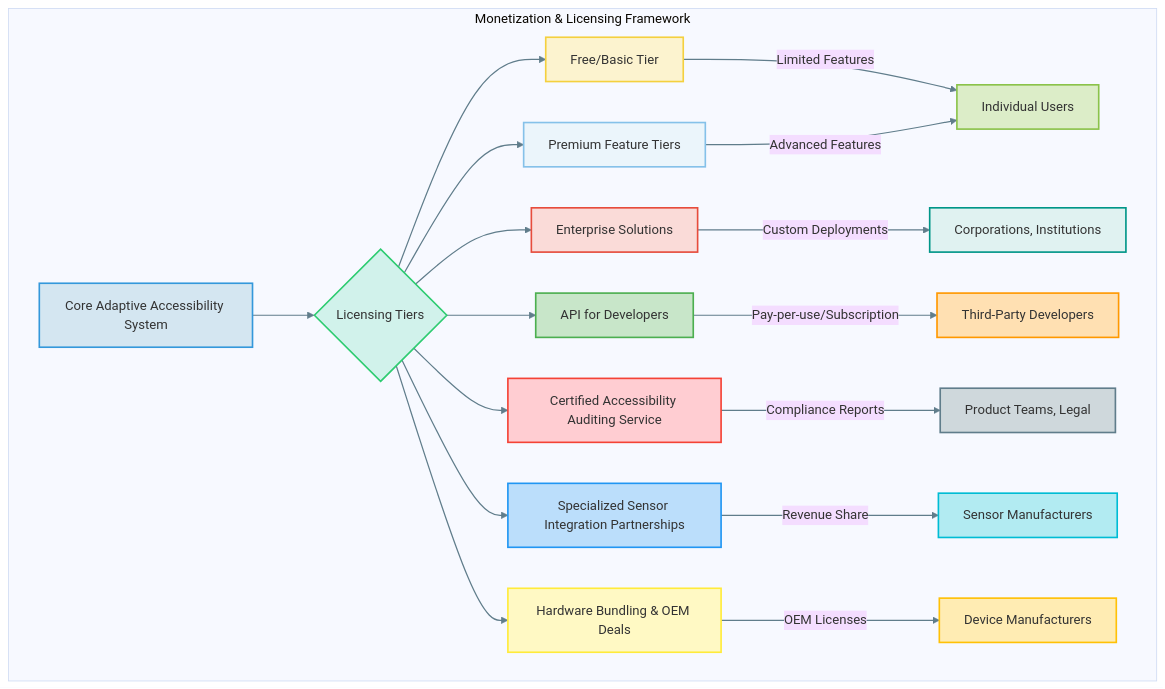
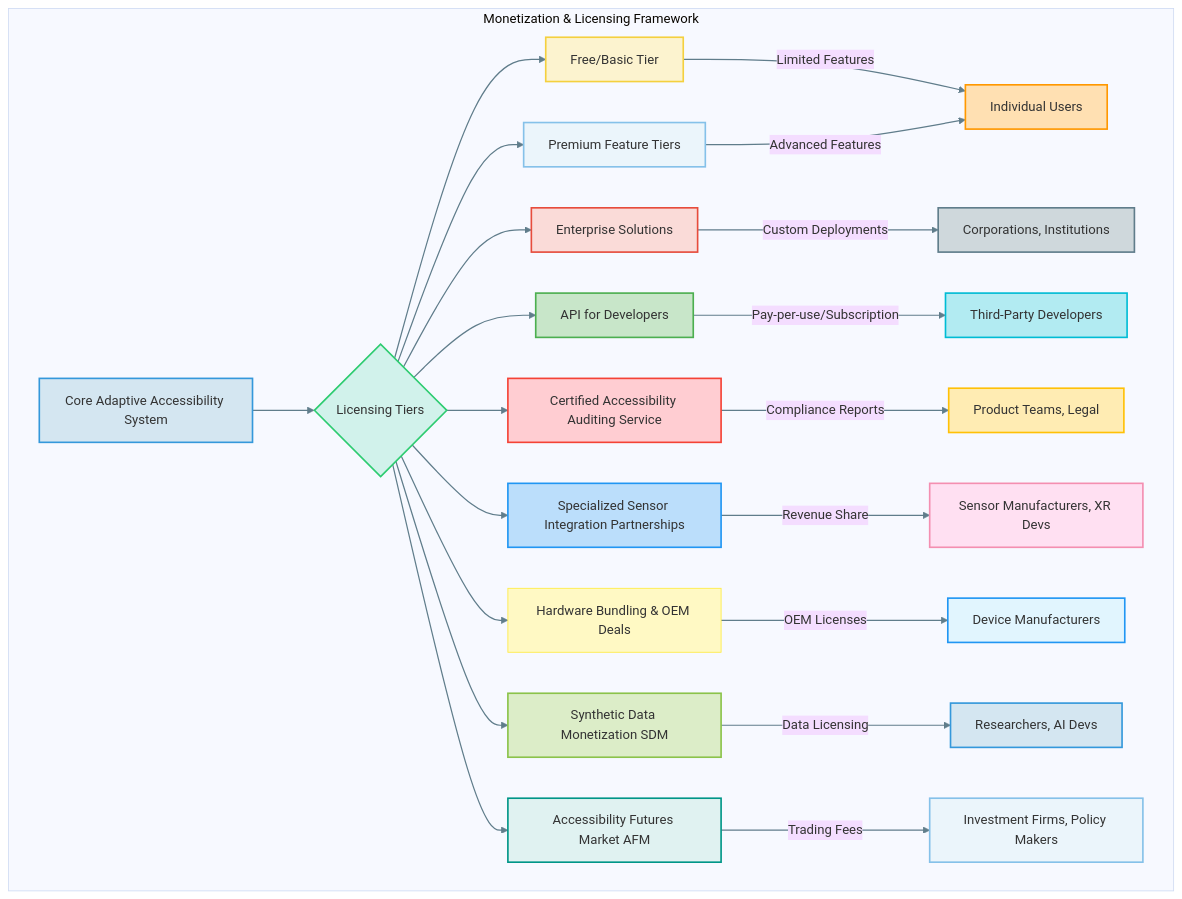
One commit to diplomat-bit/Citibank_Demo_Business_Inc_Demonstration- changed diagram 11 of 12 in inventions/inventions/contextual_adaptive_accessibility_system.md. Above: the diagram before and after it, drawn with Mermaid (base theme). The commit also changed other lines of this file, not shown here.

````diff
--- a/inventions/inventions/contextual_adaptive_accessibility_system.md
+++ b/inventions/inventions/contextual_adaptive_accessibility_system.md
@@ -587,38 +632,46 @@
 ```mermaid
 graph TD
     subgraph Monetization & Licensing Framework
         A[Core Adaptive Accessibility System] --> B{Licensing Tiers}
         B --> C[Free/Basic Tier]
         B --> D[Premium Feature Tiers]
         B --> E[Enterprise Solutions]
         B --> F[API for Developers]
         B --> G[Certified Accessibility Auditing Service]
         B --> H[Specialized Sensor Integration Partnerships]
         B --> I[Hardware Bundling & OEM Deals]
+        B --> J[Synthetic Data Monetization SDM]
+        B --> K[Accessibility Futures Market AFM]
 
-        C -- Limited Features --> J[Individual Users]
-        D -- Advanced Features --> J
-        E -- Custom Deployments --> K[Corporations, Institutions]
-        F -- Pay-per-use/Subscription --> L[Third-Party Developers]
-        G -- Compliance Reports --> M[Product Teams, Legal]
-        H -- Revenue Share --> N[Sensor Manufacturers]
-        I -- OEM Licenses --> O[Device Manufacturers]
+        C -- Limited Features --> L[Individual Users]
+        D -- Advanced Features --> L
+        E -- Custom Deployments --> M[Corporations, Institutions]
+        F -- Pay-per-use/Subscription --> N[Third-Party Developers]
+        G -- Compliance Reports --> O[Product Teams, Legal]
+        H -- Revenue Share --> P[Sensor Manufacturers, XR Devs]
+        I -- OEM Licenses --> Q[Device Manufacturers]
+        J -- Data Licensing --> R[Researchers, AI Devs]
+        K -- Trading Fees --> S[Investment Firms, Policy Makers]
     end
 
     style A fill:#D4E6F1,stroke:#3498DB,stroke-width:2px;
     style B fill:#D1F2EB,stroke:#2ECC71,stroke-width:2px;
     style C fill:#FCF3CF,stroke:#F4D03F,stroke-width:2px;
     style D fill:#EBF5FB,stroke:#85C1E9,stroke-width:2px;
     style E fill:#FADBD8,stroke:#E74C3C,stroke-width:2px;
     style F fill:#C8E6C9,stroke:#4CAF50,stroke-width:2px;
     style G fill:#FFCDD2,stroke:#F44336,stroke-width:2px;
     style H fill:#BBDEFB,stroke:#2196F3,stroke-width:2px;
-    style I fill:#FFF9C4,stroke:#FFEB3B,stroke-width:2px;
+    style I fill:#FFF9C4,stroke:#FFEB3B,stroke:#FFEB3B;
     style J fill:#DCEDC8,stroke:#8BC34A,stroke-width:2px;
     style K fill:#E0F2F1,stroke:#009688,stroke-width:2px;
     style L fill:#FFE0B2,stroke:#FF9800,stroke-width:2px;
     style M fill:#CFD8DC,stroke:#607D8B,stroke-width:2px;
     style N fill:#B2EBF2,stroke:#00BCD4,stroke-width:2px;
     style O fill:#FFECB3,stroke:#FFC107,stroke-width:2px;
+    style P fill:#FFE0F2,stroke:#F48FB1,stroke-width:2px;
+    style Q fill:#E1F5FE,stroke:#2196F3,stroke-width:2px;
+    style R fill:#D4E6F1,stroke:#3498DB,stroke-width:2px;
+    style S fill:#EBF5FB,stroke:#85C1E9,stroke-width:2px;
     linkStyle default stroke:#607D8B,stroke-width:1.5px,fill:none;
 ```
````
